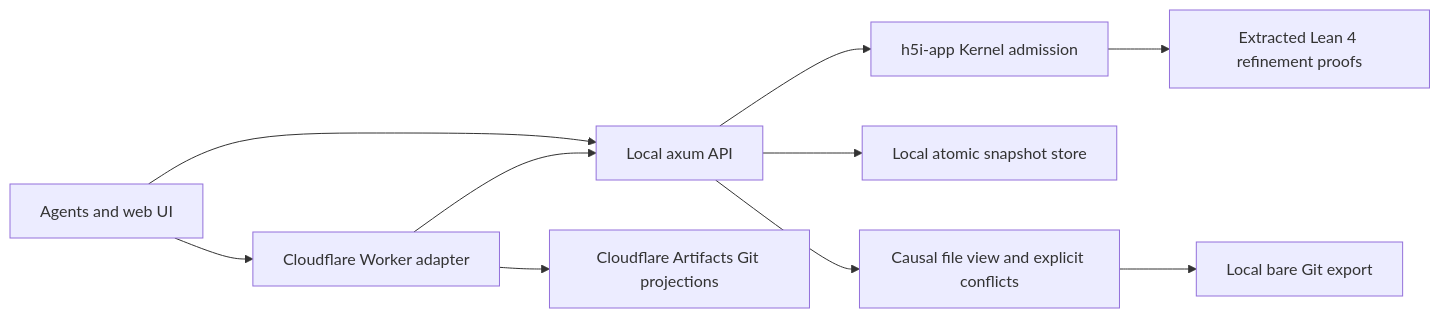
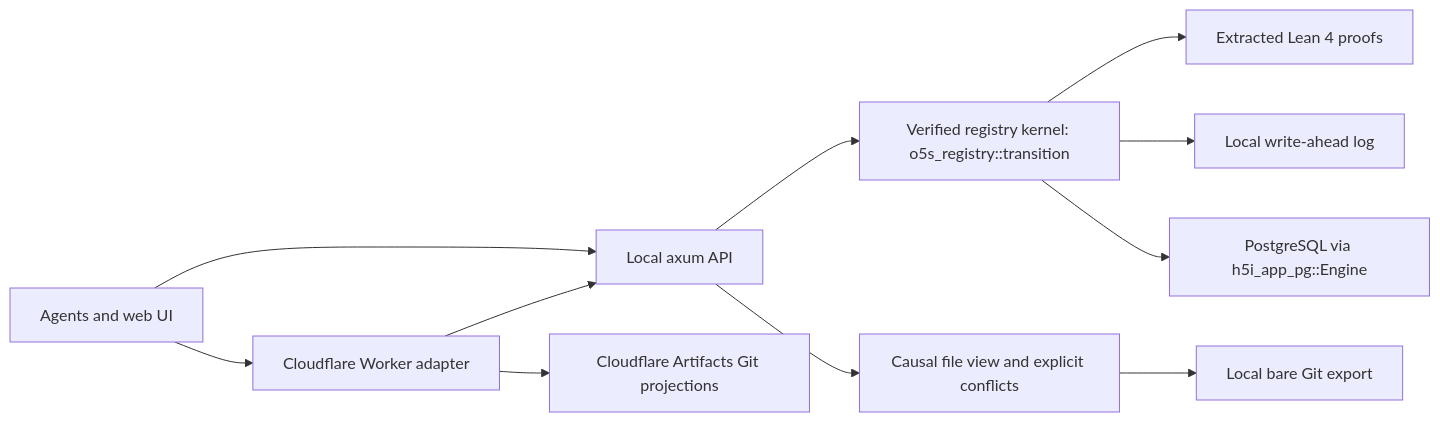
Before and after one commit to h5i-dev/o5s: the diagram in docs/architecture.md, drawn with Mermaid. The commit also changed other lines of this file and 38 other files, not shown here.

````diff
--- a/docs/architecture.md
+++ b/docs/architecture.md
@@ -3,12 +3,13 @@
 ```mermaid
 flowchart LR
     A[Agents and web UI] --> W[Cloudflare Worker adapter]
     A --> L[Local axum API]
     W --> L
     W --> G[Cloudflare Artifacts Git projections]
-    L --> K[h5i-app Kernel admission]
-    K --> P[Extracted Lean 4 refinement proofs]
-    L --> S[Local atomic snapshot store]
+    L --> K[Verified registry kernel: o5s_registry::transition]
+    K --> P[Extracted Lean 4 proofs]
+    K --> S[Local write-ahead log]
+    K --> Q[PostgreSQL via h5i_app_pg::Engine]
     L --> V[Causal file view and explicit conflicts]
     V --> E[Local bare Git export]
 ```
````
